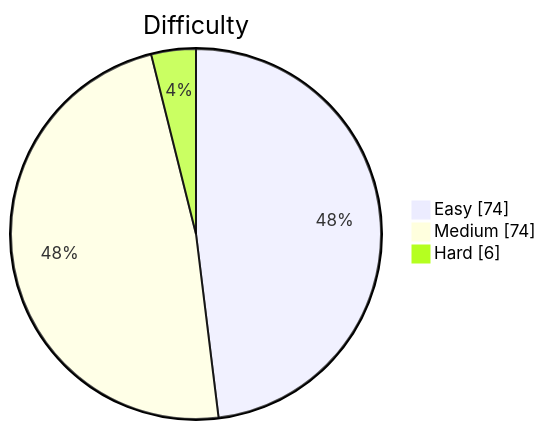
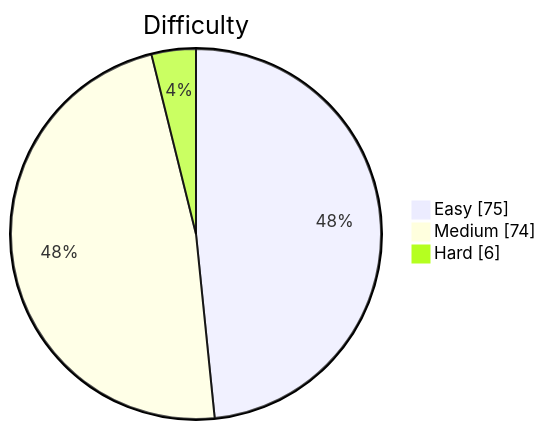
Before and after one commit to kevstevie/python-algo-practice: the diagram in README.md, drawn with Mermaid. The commit also changed other lines of this file, not shown here.

````diff
--- a/README.md
+++ b/README.md
@@ -13,7 +13,7 @@
 ```mermaid
 pie showData
     title Difficulty
-    "Easy"   : 74
+    "Easy"   : 75
     "Medium" : 74
     "Hard"   : 6
 ```
````
